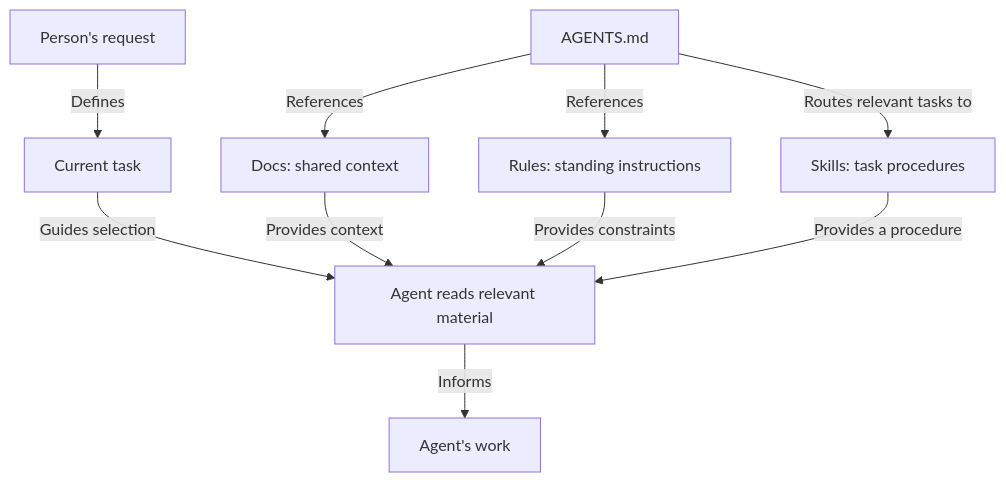
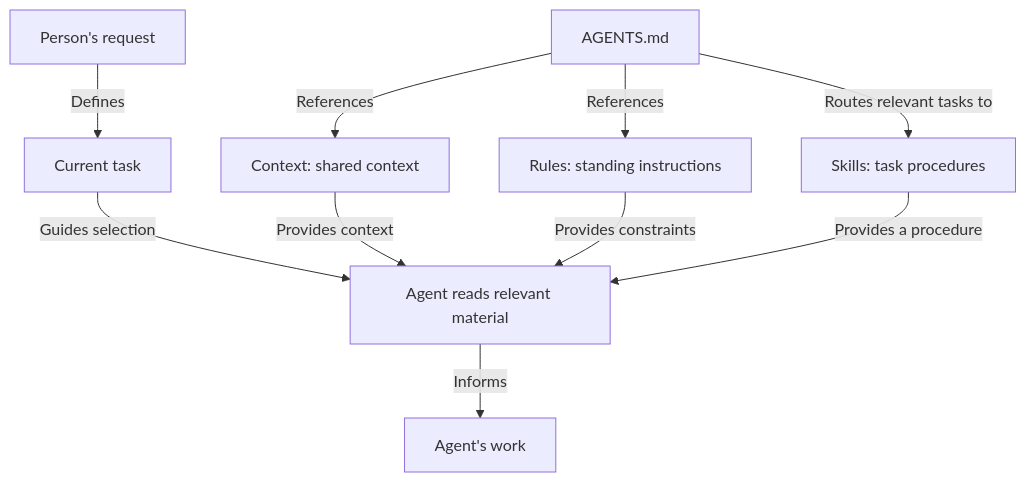
Before and after one commit to itspatmorgan/design-studio-starter: the fourth of 5 diagrams in src/handbook/docs/system-diagrams-draft.md, drawn with Mermaid. The commit also changed other lines of this file and 46 other files, not shown here.

````diff
--- a/src/handbook/docs/system-diagrams-draft.md
+++ b/src/handbook/docs/system-diagrams-draft.md
@@ -146,14 +146,14 @@
 ```mermaid
 flowchart TB
   accTitle: How an agent finds relevant context
-  accDescr: The person's request defines the task. AGENTS.md references shared context and instructions. The agent reads relevant Docs, Rules, and Skills and applies them to the work. Available skill discovery depends on the agent.
+  accDescr: The person's request defines the task. AGENTS.md references shared context and instructions. The agent reads relevant Context, Rules, and Skills and applies them to the work. Available skill discovery depends on the agent.
   request[Person's request] -->|Defines| task[Current task]
-  entry[AGENTS.md] -->|References| docs[Docs: shared context]
+  entry[AGENTS.md] -->|References| docs[Context: shared context]
   entry -->|References| rules[Rules: standing instructions]
   entry -->|Routes relevant tasks to| skills[Skills: task procedures]
   task -->|Guides selection| reading[Agent reads relevant material]
   docs -->|Provides context| reading
   rules -->|Provides constraints| reading
   skills -->|Provides a procedure| reading
   reading -->|Informs| work[Agent's work]
 ```
````
